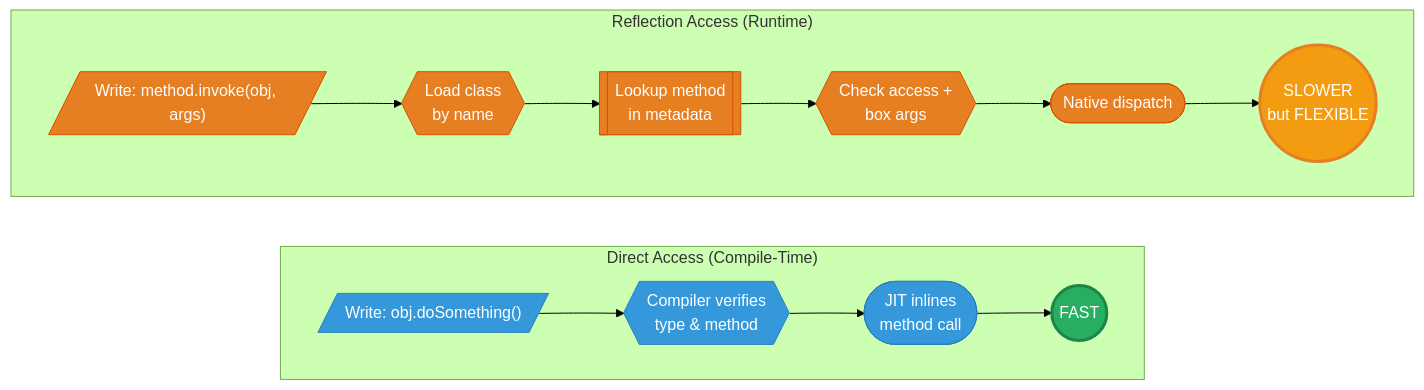
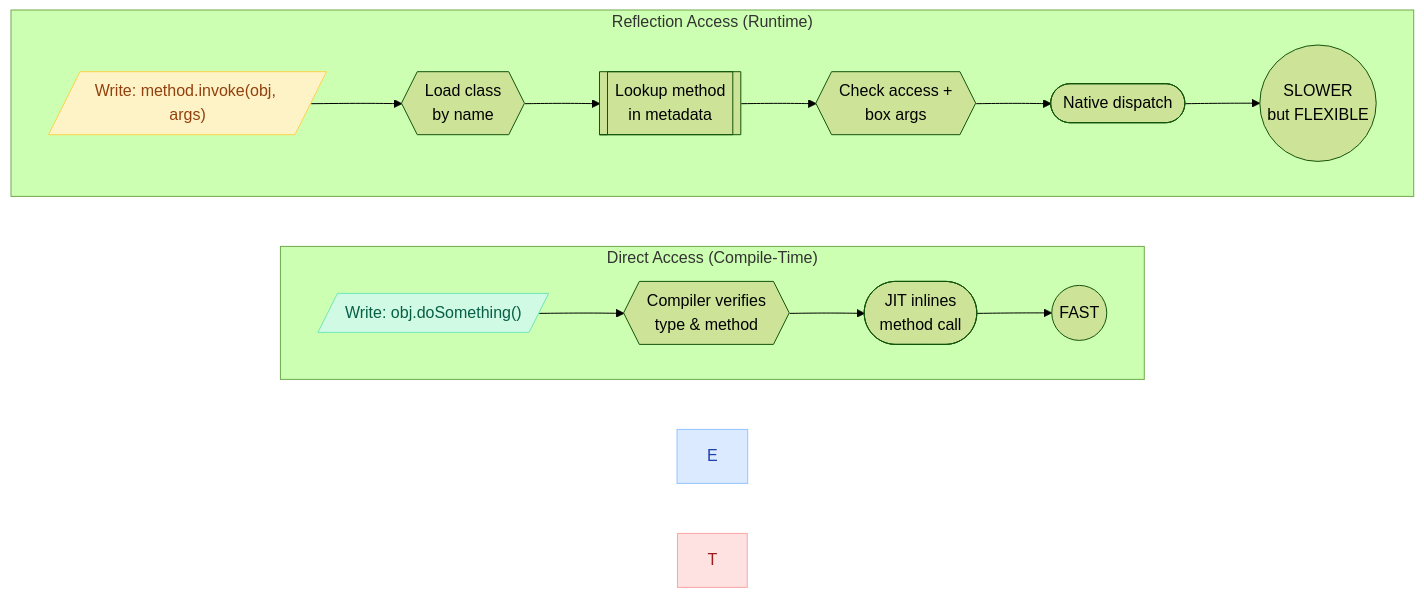
Before and after one commit to saivamsikaruturi/vamsilabs-dev-notes-main: the third of 4 diagrams in docs/java/Reflection.md, drawn with Mermaid (forest theme). The commit also changed other lines of this file and 220 other files, not shown here.

First line of the commit message:
Add 50+ new Java/Spring Boot pages, rewrite CSS code blocks to Oracle style, fix all diagram colors

````diff
--- a/docs/java/Reflection.md
+++ b/docs/java/Reflection.md
@@ -118,17 +118,17 @@
 ```mermaid
 flowchart LR
     subgraph normal["Direct Access (Compile-Time)"]
         direction LR
-        N1[/"Write: obj.doSomething()"/]:::blueNode --> N2{{"Compiler verifies<br/>type & method"}}:::blueNode --> N3(["JIT inlines<br/>method call"]):::blueNode --> N4(("FAST")):::greenNode
+        N1[/"Write: obj.doSomething()"/] --> N2{{"Compiler verifies<br/>type & method"}} --> N3(["JIT inlines<br/>method call"]) --> N4(("FAST"))
     end
 
     subgraph reflect["Reflection Access (Runtime)"]
         direction LR
-        R1[/"Write: method.invoke(obj, args)"/]:::orangeNode --> R2{{"Load class<br/>by name"}}:::orangeNode --> R3[["Lookup method<br/>in metadata"]]:::orangeNode --> R4{{"Check access +<br/>box args"}}:::orangeNode --> R5(["Native dispatch"]):::orangeNode --> R6(("SLOWER<br/>but FLEXIBLE")):::yellowNode
+        R1[/"Write: method.invoke(obj, args)"/] --> R2{{"Load class<br/>by name"}} --> R3[["Lookup method<br/>in metadata"]] --> R4{{"Check access +<br/>box args"}} --> R5(["Native dispatch"]) --> R6(("SLOWER<br/>but FLEXIBLE"))
     end
 
-    classDef blueNode fill:#3498DB,color:#fff,stroke:#2980B9
-    classDef greenNode fill:#27AE60,color:#fff,stroke:#1E8449,stroke-width:3px
-    classDef orangeNode fill:#E67E22,color:#fff,stroke:#D35400
-    classDef yellowNode fill:#F39C12,color:#fff,stroke:#E67E22,stroke-width:3px
+    style E fill:#DBEAFE,stroke:#93C5FD,color:#1E40AF
+    style N1 fill:#D1FAE5,stroke:#6EE7B7,color:#065F46
+    style R1 fill:#FEF3C7,stroke:#FCD34D,color:#92400E
+    style T fill:#FEE2E2,stroke:#FCA5A5,color:#991B1B
 ```
````
